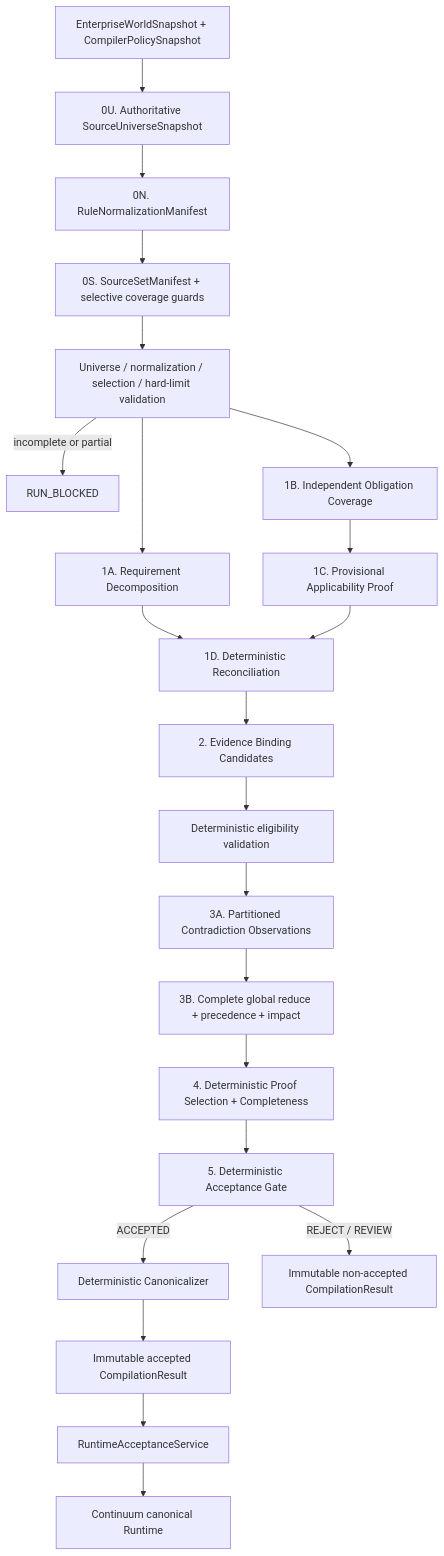
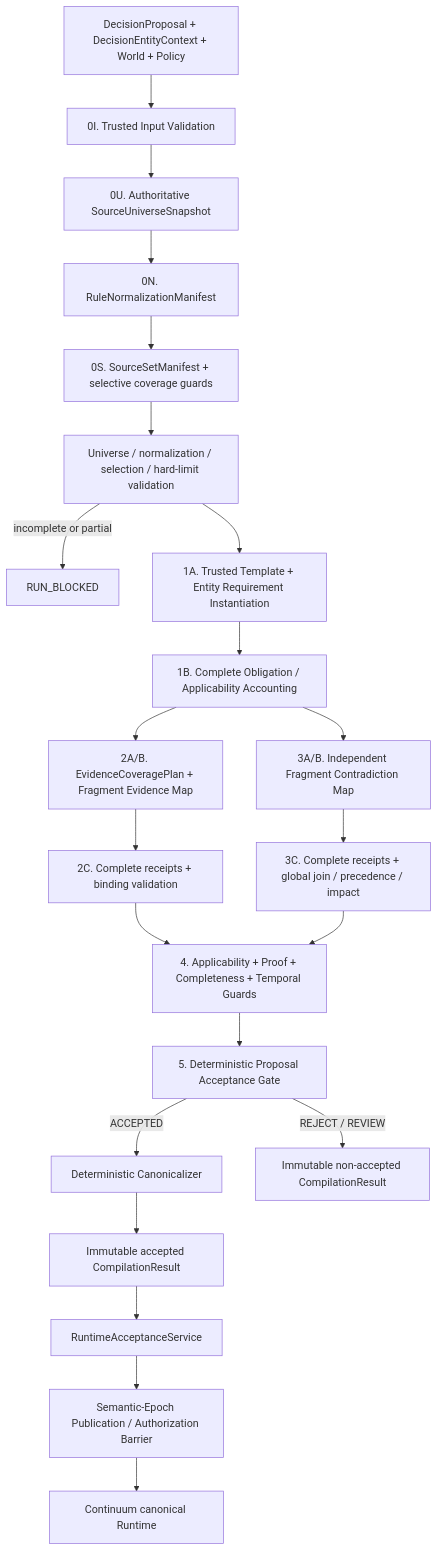
Before and after one commit to dabaitudiu/continuum: the first of 2 diagrams in docs/continuum_module_01_semantic_dependency_compiler/02_ARCHITECTURE.md, drawn with Mermaid. The commit also changed other lines of this file and 18 other files, not shown here.

Commit message:
docs: revise option B architecture to revision 4

````diff
--- a/docs/continuum_module_01_semantic_dependency_compiler/02_ARCHITECTURE.md
+++ b/docs/continuum_module_01_semantic_dependency_compiler/02_ARCHITECTURE.md
@@ -11,24 +11,24 @@
 ```mermaid
 flowchart TD
-    A[EnterpriseWorldSnapshot + CompilerPolicySnapshot] --> U[0U. Authoritative SourceUniverseSnapshot]
+    A[DecisionProposal + DecisionEntityContext + World + Policy] --> V[0I. Trusted Input Validation]
+    V --> U[0U. Authoritative SourceUniverseSnapshot]
     U --> R[0N. RuleNormalizationManifest]
     R --> C[0S. SourceSetManifest + selective coverage guards]
     C --> C1[Universe / normalization / selection / hard-limit validation]
     C1 -->|incomplete or partial| RB[RUN_BLOCKED]
-    C1 --> D[1A. Requirement Decomposition]
-    C1 --> E[1B. Independent Obligation Coverage]
-    D --> F[1D. Deterministic Reconciliation]
-    E --> E1[1C. Provisional Applicability Proof]
-    E1 --> F
-    F --> G[2. Evidence Binding Candidates]
-    G --> G1[Deterministic eligibility validation]
-    G1 --> H[3A. Partitioned Contradiction Observations]
-    H --> H1[3B. Complete global reduce + precedence + impact]
-    H1 --> I[4. Deterministic Proof Selection + Completeness]
-    I --> J[5. Deterministic Acceptance Gate]
+    C1 --> D[1A. Trusted Template + Entity Requirement Instantiation]
+    D --> F[1B. Complete Obligation / Applicability Accounting]
+    F --> G[2A/B. EvidenceCoveragePlan + Fragment Evidence Map]
+    G --> G1[2C. Complete receipts + binding validation]
+    F --> H[3A/B. Independent Fragment Contradiction Map]
+    H --> H1[3C. Complete receipts + global join / precedence / impact]
+    G1 --> I[4. Applicability + Proof + Completeness + Temporal Guards]
+    H1 --> I
+    I --> J[5. Deterministic Proposal Acceptance Gate]
     J -->|ACCEPTED| K[Deterministic Canonicalizer]
     J -->|REJECT / REVIEW| L[Immutable non-accepted CompilationResult]
     K --> M[Immutable accepted CompilationResult]
     M --> N[RuntimeAcceptanceService]
-    N --> O[Continuum canonical Runtime]
+    N --> B[Semantic-Epoch Publication / Authorization Barrier]
+    B --> O[Continuum canonical Runtime]
 ```
````
